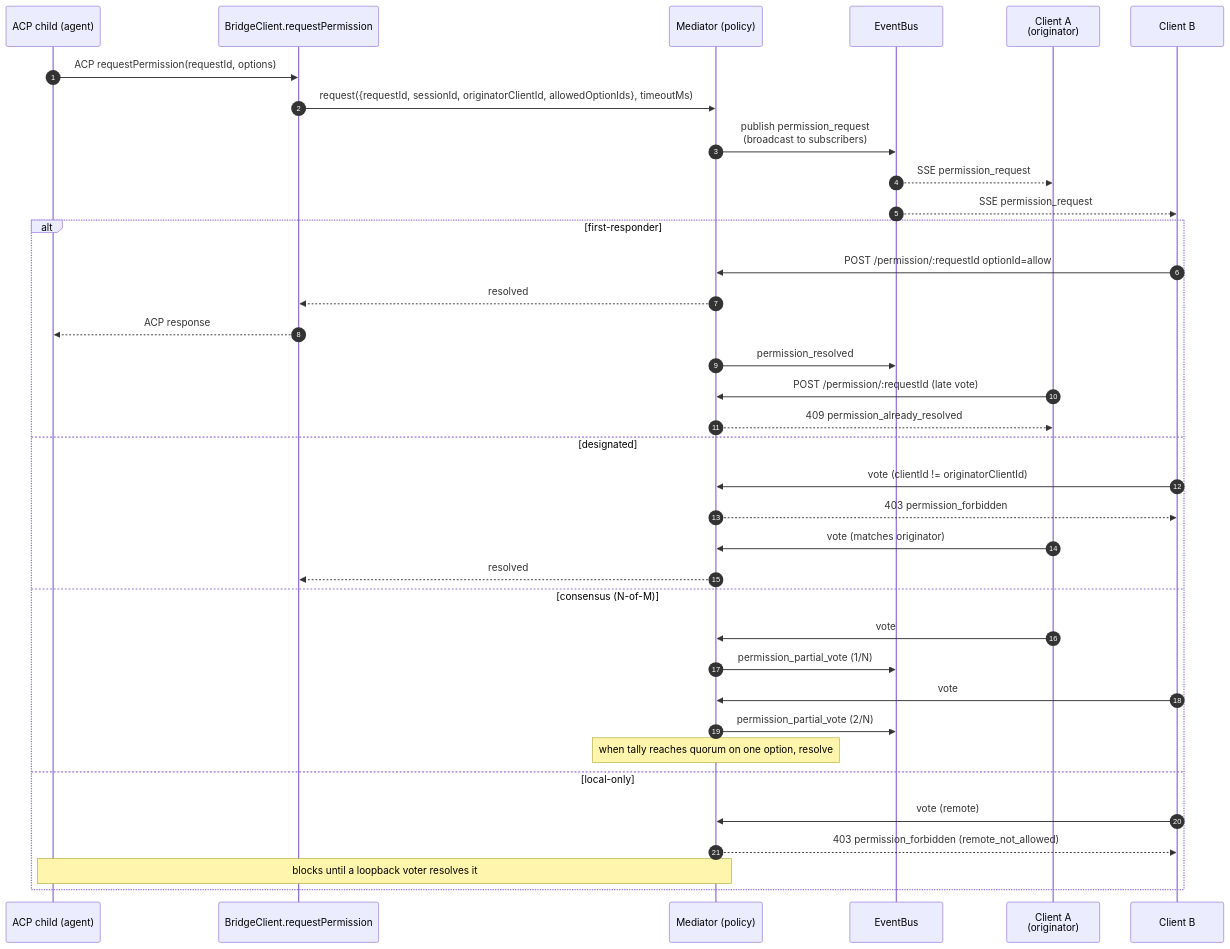
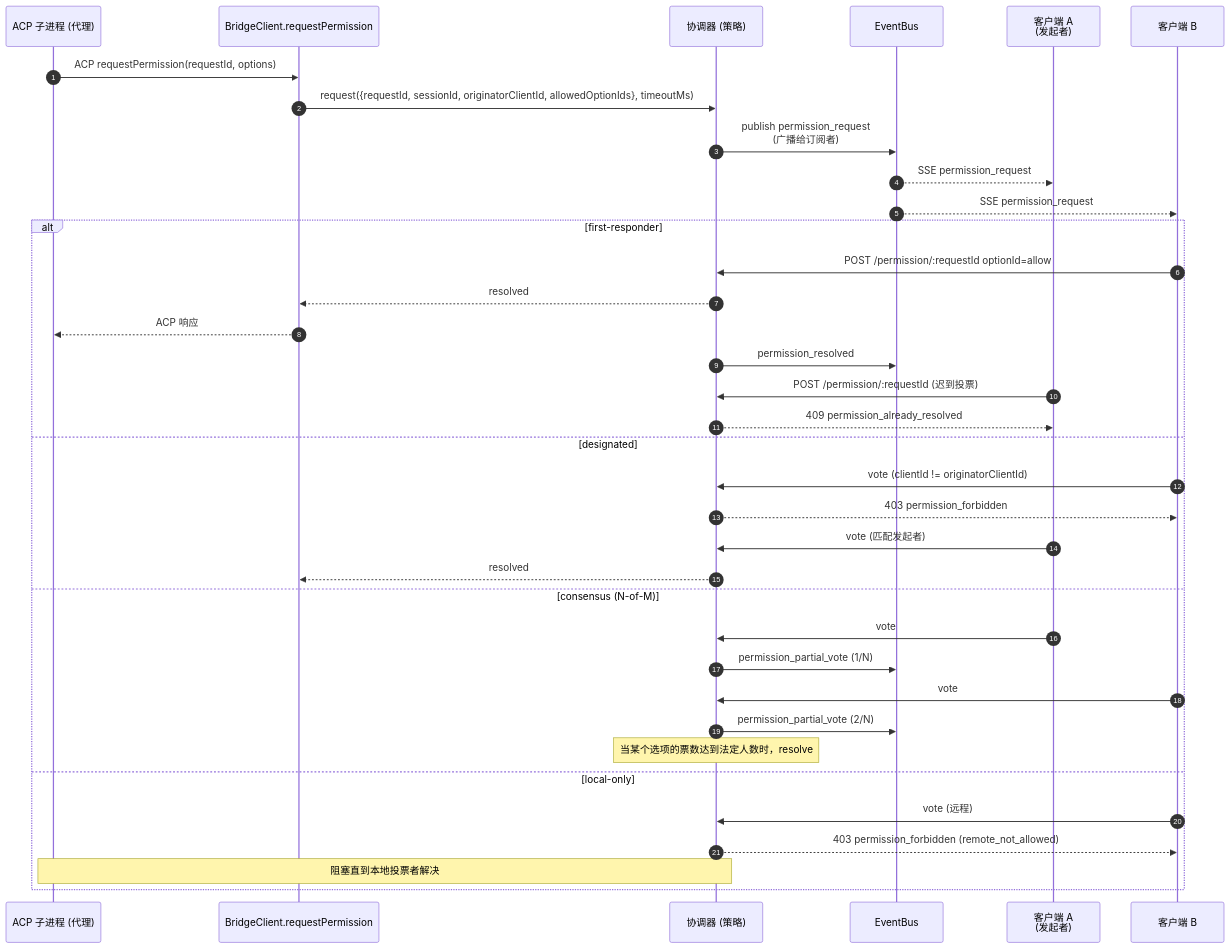
One commit to QwenLM/qwen-code-docs changed the fifth of 7 diagrams in website/content/zh/developers/daemon/01-architecture.md. Above: the diagram before and after it, drawn with Mermaid. The commit also changed other lines of this file and 1077 other files, not shown here.

````diff
--- a/website/content/zh/developers/daemon/01-architecture.md
+++ b/website/content/zh/developers/daemon/01-architecture.md
@@ -203,40 +203,40 @@
 ```mermaid
 sequenceDiagram
     autonumber
-    participant CH as ACP child (agent)
+    participant CH as ACP 子进程 (代理)
     participant BC as BridgeClient.requestPermission
-    participant MED as Mediator (policy)
+    participant MED as 协调器 (策略)
     participant EB as EventBus
-    participant C1 as Client A<br/>(originator)
-    participant C2 as Client B
+    participant C1 as 客户端 A<br/>(发起者)
+    participant C2 as 客户端 B
 
     CH->>BC: ACP requestPermission(requestId, options)
     BC->>MED: request({requestId, sessionId, originatorClientId, allowedOptionIds}, timeoutMs)
-    MED->>EB: publish permission_request<br/>(broadcast to subscribers)
+    MED->>EB: publish permission_request<br/>(广播给订阅者)
     EB-->>C1: SSE permission_request
     EB-->>C2: SSE permission_request
 
     alt first-responder
         C2->>MED: POST /permission/:requestId optionId=allow
         MED-->>BC: resolved
-        BC-->>CH: ACP response
+        BC-->>CH: ACP 响应
         MED->>EB: permission_resolved
-        C1->>MED: POST /permission/:requestId (late vote)
+        C1->>MED: POST /permission/:requestId (迟到投票)
         MED-->>C1: 409 permission_already_resolved
     else designated
         C2->>MED: vote (clientId != originatorClientId)
         MED-->>C2: 403 permission_forbidden
-        C1->>MED: vote (matches originator)
+        C1->>MED: vote (匹配发起者)
         MED-->>BC: resolved
     else consensus (N-of-M)
         C1->>MED: vote
         MED->>EB: permission_partial_vote (1/N)
         C2->>MED: vote
         MED->>EB: permission_partial_vote (2/N)
-        Note over MED: when tally reaches quorum on one option, resolve
+        Note over MED: 当某个选项的票数达到法定人数时，resolve
     else local-only
-        C2->>MED: vote (remote)
+        C2->>MED: vote (远程)
         MED-->>C2: 403 permission_forbidden (remote_not_allowed)
-        Note over MED,CH: blocks until a loopback voter resolves it
+        Note over MED,CH: 阻塞直到本地投票者解决
     end
 ```
````
